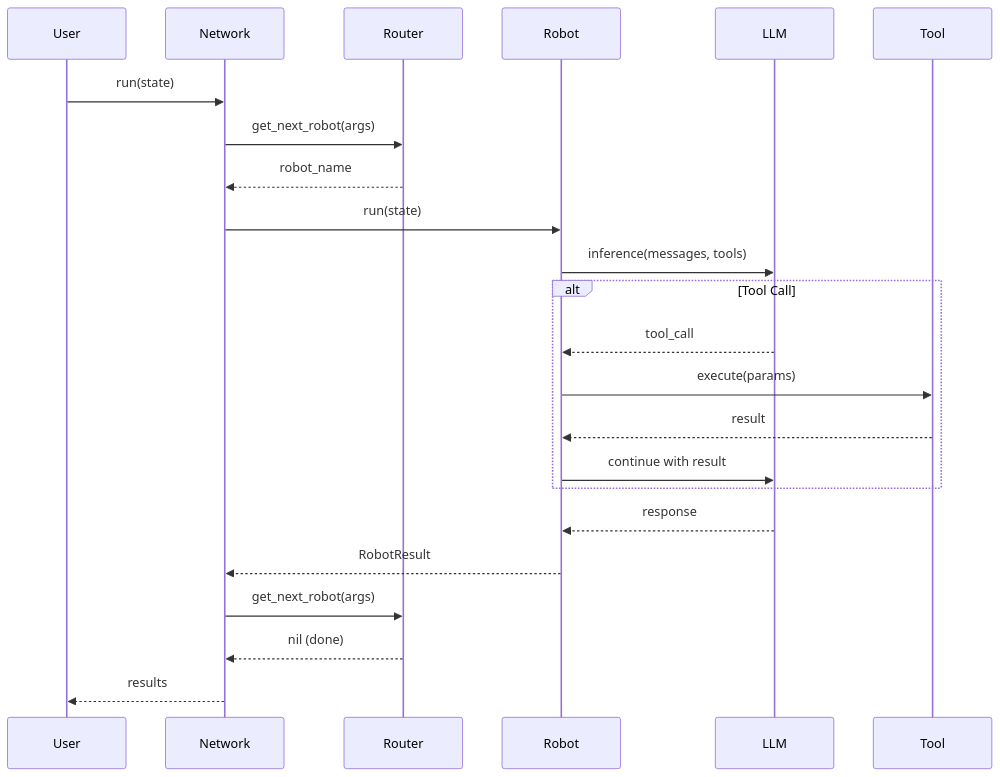
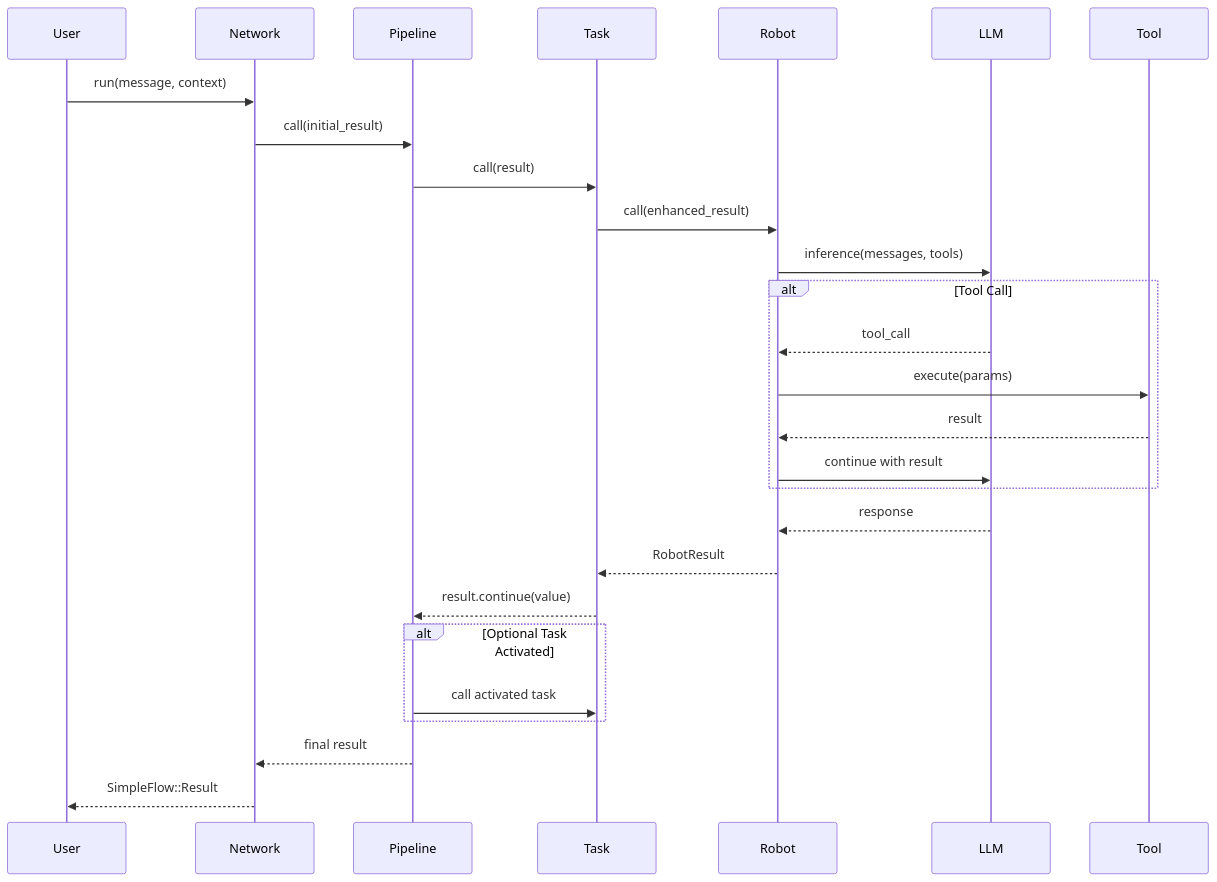
One commit to MadBomber/robot_lab changed the diagram in docs/concepts.md. Above: the diagram before and after it, drawn with Mermaid. The commit also changed other lines of this file and 12 other files, not shown here.

````diff
--- a/docs/concepts.md
+++ b/docs/concepts.md
@@ -146,28 +153,34 @@
 ```mermaid
 sequenceDiagram
     participant User
     participant Network
-    participant Router
+    participant Pipeline
+    participant Task
     participant Robot
     participant LLM
     participant Tool
 
-    User->>Network: run(state)
-    Network->>Router: get_next_robot(args)
-    Router-->>Network: robot_name
-    Network->>Robot: run(state)
+    User->>Network: run(message, context)
+    Network->>Pipeline: call(initial_result)
+    Pipeline->>Task: call(result)
+    Task->>Robot: call(enhanced_result)
     Robot->>LLM: inference(messages, tools)
 
     alt Tool Call
         LLM-->>Robot: tool_call
         Robot->>Tool: execute(params)
         Tool-->>Robot: result
         Robot->>LLM: continue with result
     end
 
     LLM-->>Robot: response
-    Robot-->>Network: RobotResult
-    Network->>Router: get_next_robot(args)
-    Router-->>Network: nil (done)
-    Network-->>User: results
+    Robot-->>Task: RobotResult
+    Task-->>Pipeline: result.continue(value)
+
+    alt Optional Task Activated
+        Pipeline->>Task: call activated task
+    end
+
+    Pipeline-->>Network: final result
+    Network-->>User: SimpleFlow::Result
 ```
````
